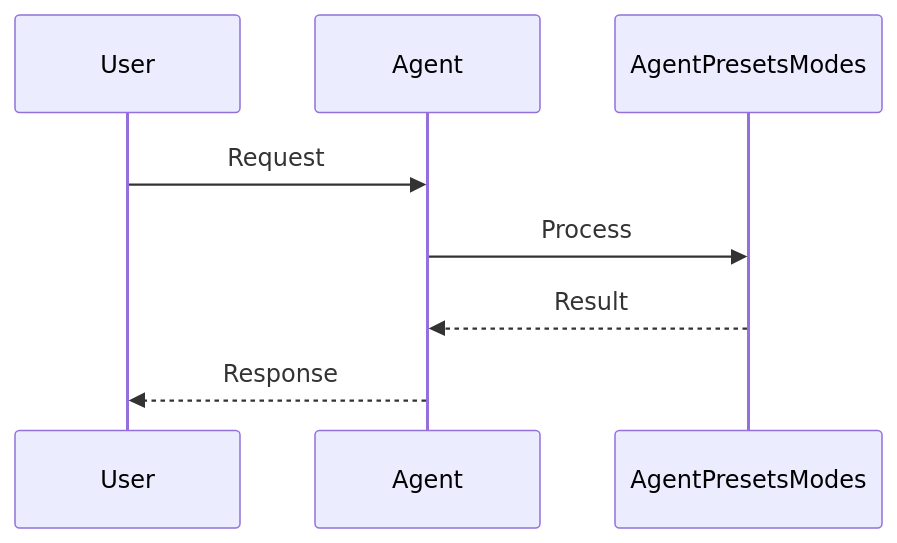
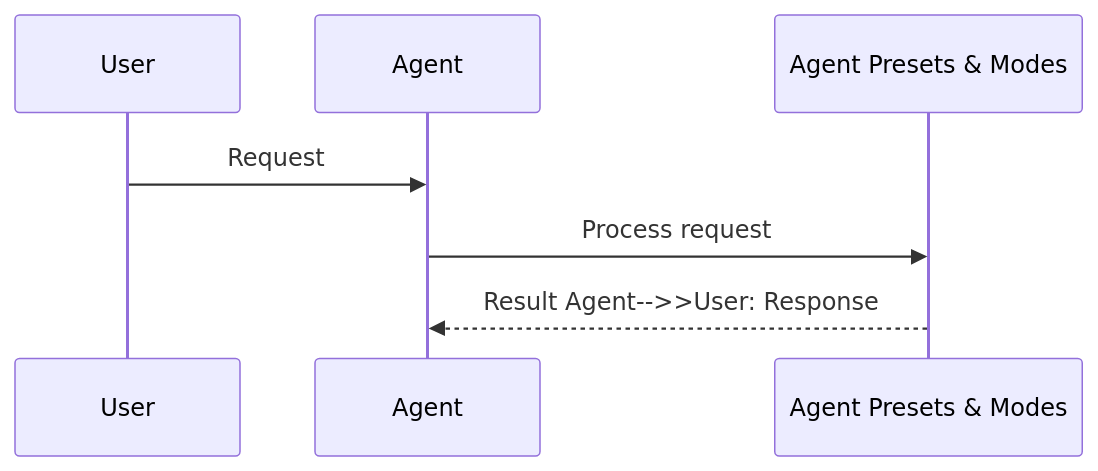
One commit to MervinPraison/PraisonAIDocs changed the second of 4 diagrams in docs/features/agent-presets-and-modes.mdx. Above: the diagram before and after it, drawn with Mermaid. The commit also changed 204 other files, not shown here.

First line of the commit message:
docs: align feature/tool pages with AGENTS.md hero + sequence + import standards (fixes #1775)

````diff
--- a/docs/features/agent-presets-and-modes.mdx
+++ b/docs/features/agent-presets-and-modes.mdx
@@ -41,11 +41,10 @@
 ```mermaid
 sequenceDiagram
     participant User
     participant Agent
-    participant AgentPresetsModes
+    participant Feature as Agent Presets & Modes
 
     User->>Agent: Request
-    Agent->>AgentPresetsModes: Process
-    AgentPresetsModes-->>Agent: Result
-    Agent-->>User: Response
+    Agent->>Feature: Process request
+    Feature-->>Agent: Result    Agent-->>User: Response
 ```
````
